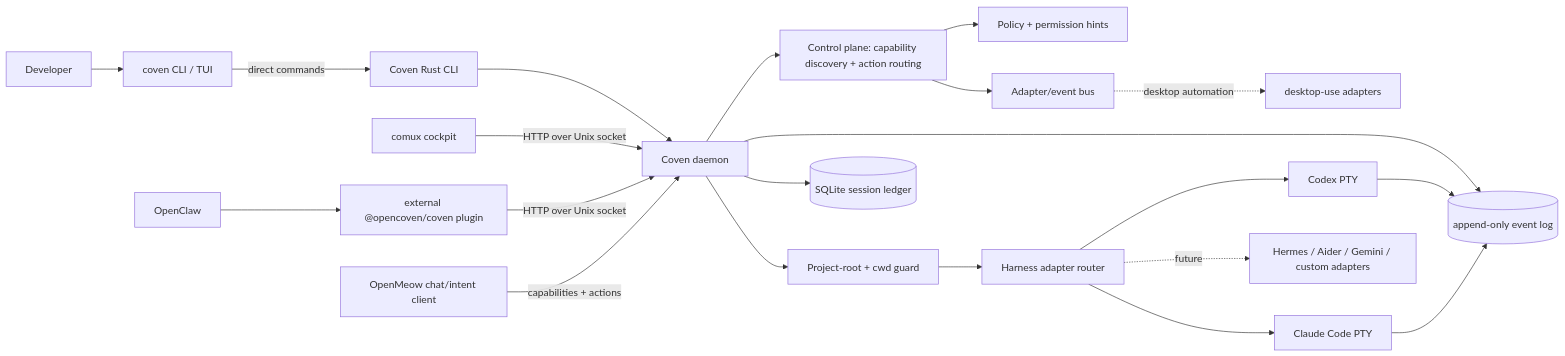
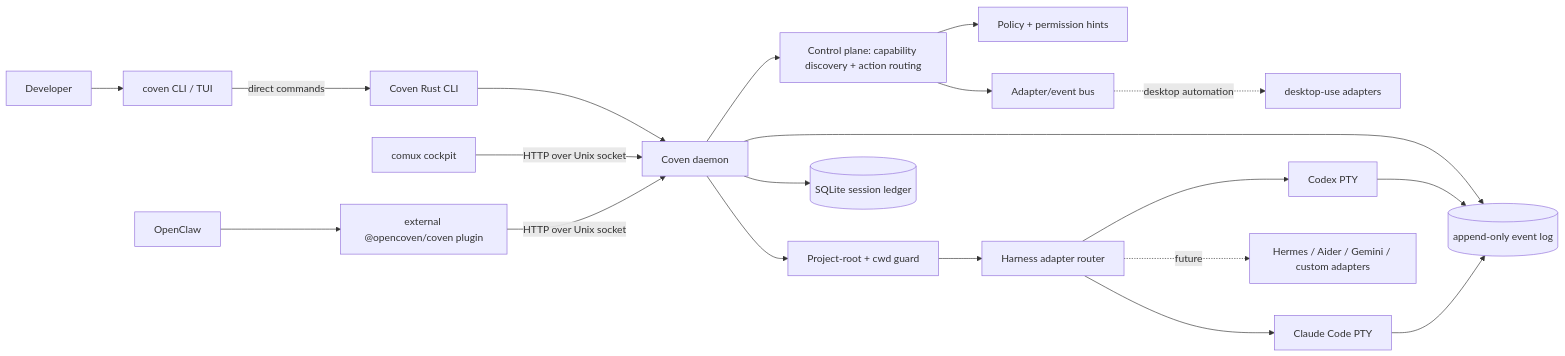
Before and after one commit to OpenCoven/coven-docs: the first of 3 diagrams in content/docs/guide/architecture.mdx, drawn with Mermaid. The commit also changed other lines of this file and 8 other files, not shown here.

First line of the commit message:
docs: purge OpenMeow references from coven-docs

````diff
--- a/content/docs/guide/architecture.mdx
+++ b/content/docs/guide/architecture.mdx
@@ -35,27 +35,25 @@
 ```mermaid
 flowchart LR
   User[Developer] --> CLI[coven CLI / TUI]
   CLI -->|direct commands| Rust[Coven Rust CLI]
   Rust --> Daemon[Coven daemon]
 
   Comux[comux cockpit] -->|HTTP over Unix socket| Daemon
   OpenClaw[OpenClaw] --> Plugin[external @opencoven/coven plugin]
   Plugin -->|HTTP over Unix socket| Daemon
-  OpenMeow[OpenMeow chat/intent client] -->|capabilities + actions| Daemon
-
   Daemon --> Control[Control plane: capability discovery + action routing]
   Control --> Policy[Policy + permission hints]
   Control --> AdapterBus[Adapter/event bus]
   AdapterBus -. desktop automation .-> DesktopUse[desktop-use adapters]
 
   Daemon --> Boundary[Project-root + cwd guard]
   Boundary --> Adapter[Harness adapter router]
   Adapter --> Codex[Codex PTY]
   Adapter --> Claude[Claude Code PTY]
   Adapter -. future .-> Future[Hermes / Aider / Gemini / custom adapters]
 
   Daemon --> Store[(SQLite session ledger)]
   Daemon --> Events[(append-only event log)]
   Codex --> Events
   Claude --> Events
 ```
````
